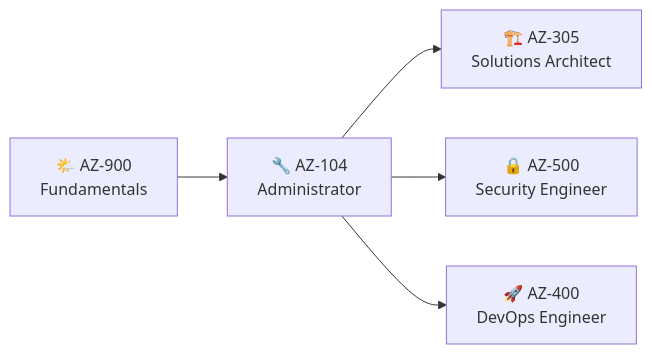
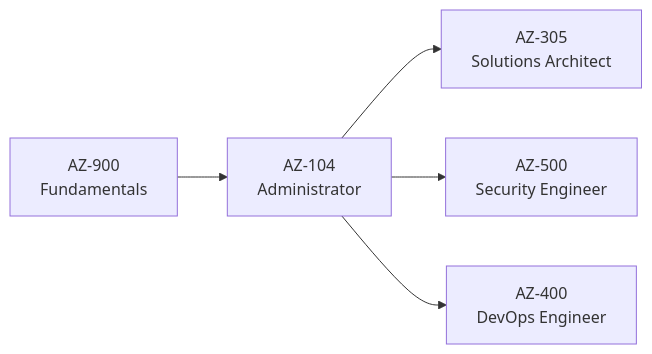
One commit to azurecertprep/azurecertprep.github.io changed the diagram in docs/az-104/overview.md. Above: the diagram before and after it, drawn with Mermaid. The commit also changed other lines of this file and 60 other files, not shown here.

````diff
--- a/docs/az-104/overview.md
+++ b/docs/az-104/overview.md
@@ -61,7 +75,7 @@
 ```mermaid
 flowchart LR
-    A["🌤️ AZ-900\nFundamentals"] --> B["🔧 AZ-104\nAdministrator"]
-    B --> C["🏗️ AZ-305\nSolutions Architect"]
-    B --> D["🔒 AZ-500\nSecurity Engineer"]
-    B --> E["🚀 AZ-400\nDevOps Engineer"]
+    A["AZ-900\nFundamentals"] --> B["AZ-104\nAdministrator"]
+    B --> C["AZ-305\nSolutions Architect"]
+    B --> D["AZ-500\nSecurity Engineer"]
+    B --> E["AZ-400\nDevOps Engineer"]
 ```
````
